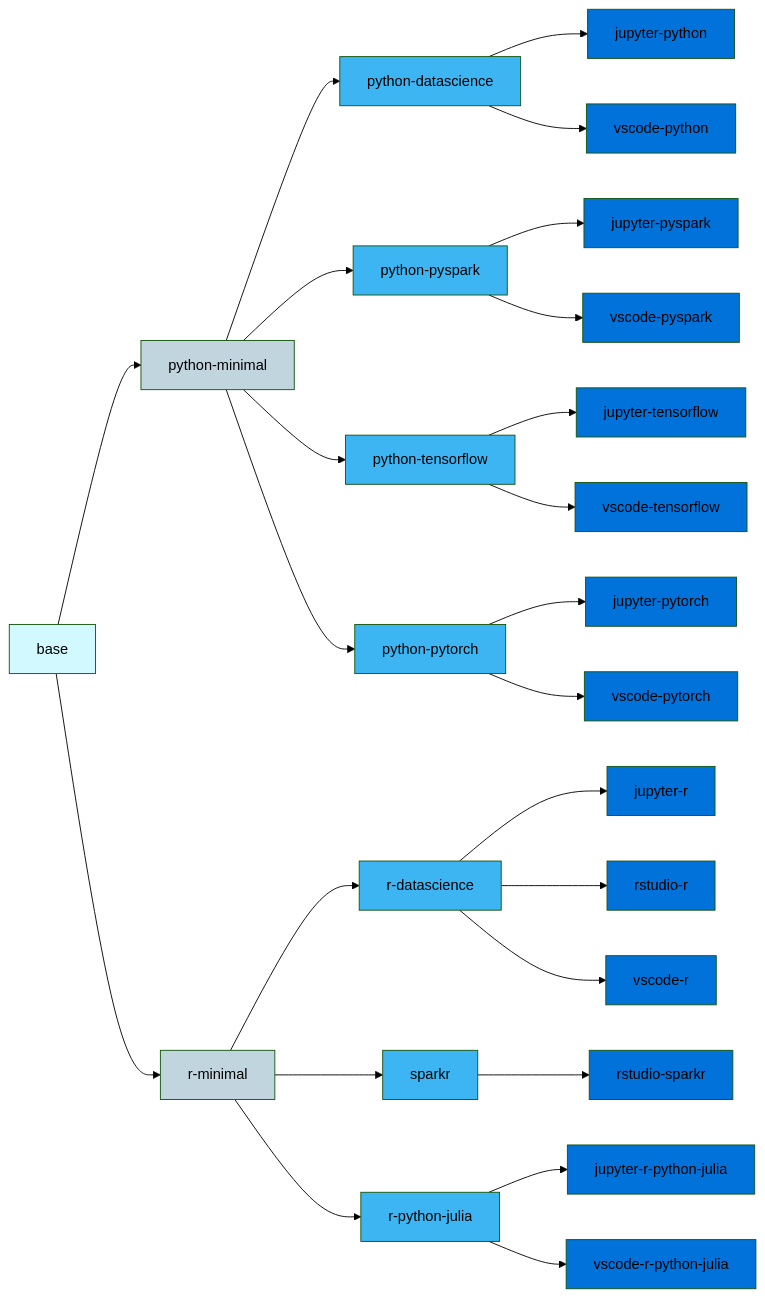
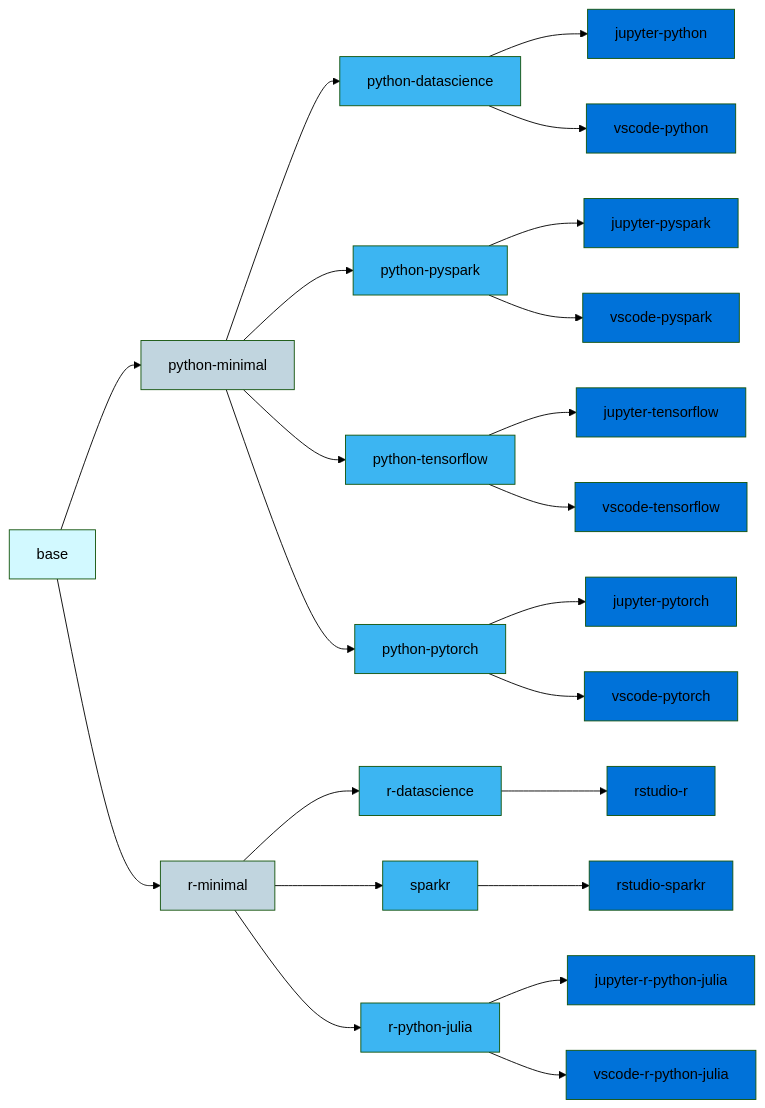
The diagram in README.md (InseeFrLab/images-datascience), drawn with Mermaid (forest theme) before and after one commit.

Commit message:
Remove old R images from README.md visual (#277)

````diff
--- a/README.md
+++ b/README.md
@@ -15,30 +15,28 @@
 ```mermaid
   graph LR;
       B[base]:::base-->PM[python-minimal]:::minimal;
       B-->RM[r-minimal]:::minimal;
       PM-->PYDS[python-datascience]:::package;
       PM-->PYSPARK[python-pyspark]:::package;
       PM-->PYTENSORFLOW[python-tensorflow]:::package;
       PM-->PYTORCH[python-pytorch]:::package;
       RM-->RDS[r-datascience]:::package;
       RM-->RSPARK[sparkr]:::package;
       RM-->RPYJU[r-python-julia]:::package;
       PYSPARK--> JPYSPARK[jupyter-pyspark]:::ide;
       PYDS--> JPYDS[jupyter-python]:::ide;
       PYTENSORFLOW--> JPYTENSORFLOW[jupyter-tensorflow]:::ide;
       PYTORCH--> JPYTORCH[jupyter-pytorch]:::ide;
       PYSPARK--> VSCODEPYSPARK[vscode-pyspark]:::ide;
       PYDS--> VSCODEPYDS[vscode-python]:::ide;
       PYTENSORFLOW--> VSCODEPYTENSORFLOW[vscode-tensorflow]:::ide;
       PYTORCH--> VSCODEPYTORCH[vscode-pytorch]:::ide;
-      RDS--> JRDS[jupyter-r]:::ide;
       RSPARK -->RSTUDIOSPARKR[rstudio-sparkr]:::ide;
       RDS--> RSTUDIORDS[rstudio-r]:::ide;
-      RDS--> VSCODER[vscode-r]:::ide;
       RPYJU--> JRPYJU[jupyter-r-python-julia]:::ide;
       RPYJU--> VSCODERPYJU[vscode-r-python-julia]:::ide;
       classDef base fill:#d2f9ff,color:#000  ;
       classDef minimal fill:#C1D5DF,color:#000;
       classDef package fill:#3cb5f2 ,color:#000  ;
       classDef ide fill:#0072d9  ;
 ```
````
